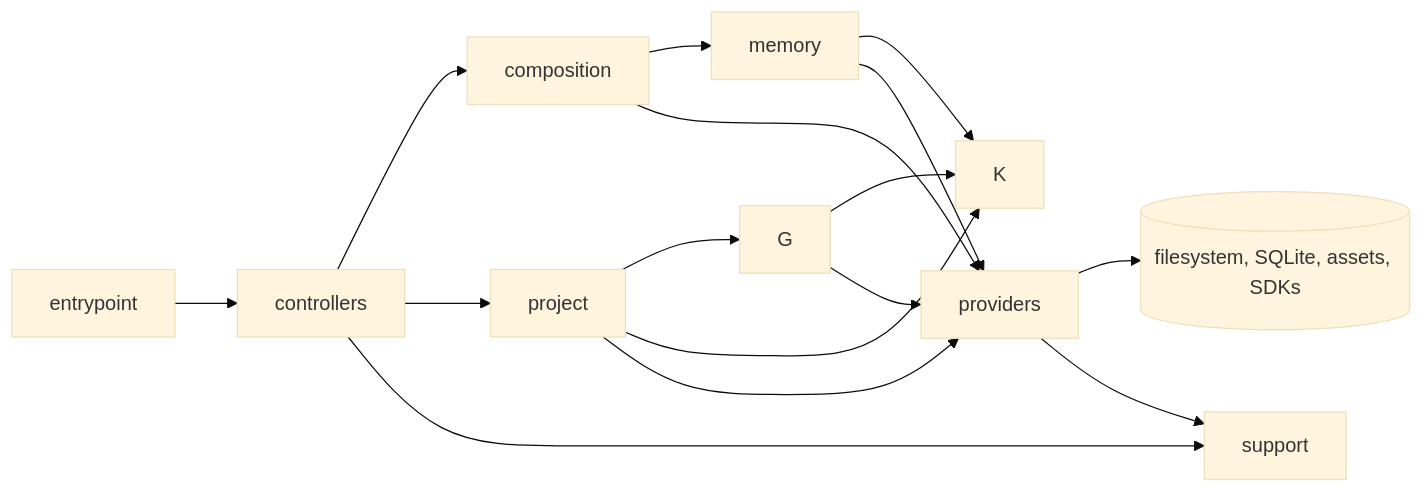
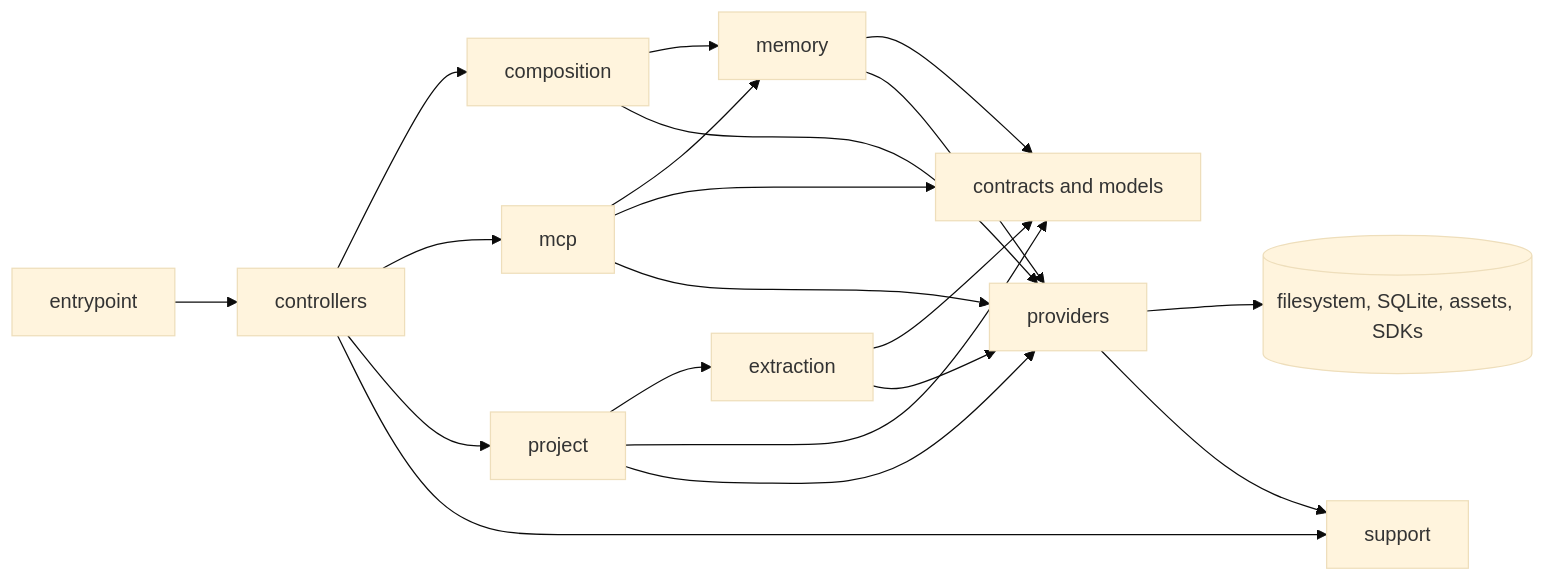
One commit to konteks/cli changed the diagram in docs/development/directory-structure.md. Above: the diagram before and after it, drawn with Mermaid (base theme). The commit also changed other lines of this file and 21 other files, not shown here.

````diff
--- a/docs/development/directory-structure.md
+++ b/docs/development/directory-structure.md
@@ -40,18 +41,22 @@
 ```mermaid
 graph LR
     E[entrypoint] --> C[controllers]
     C --> X[composition]
+    C --> Q[mcp]
     C --> J[project]
     X --> M[memory]
-    J --> G
+    Q --> M
+    J --> G[extraction]
+    Q --> K[contracts and models]
     G --> K
     M --> K
     J --> K
     X --> P[providers]
     G --> P
     M --> P
+    Q --> P
     J --> P
     P --> R[(filesystem, SQLite, assets, SDKs)]
     C --> S[support]
     P --> S
 ```
````
